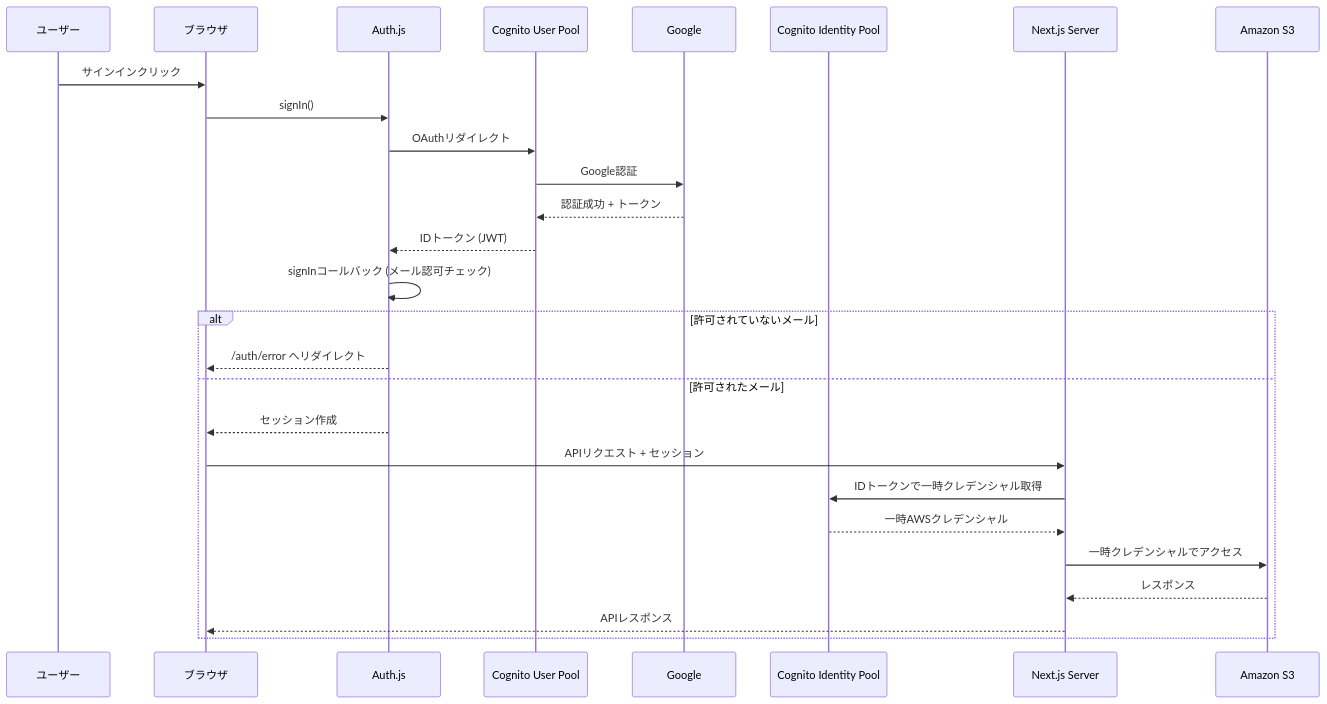
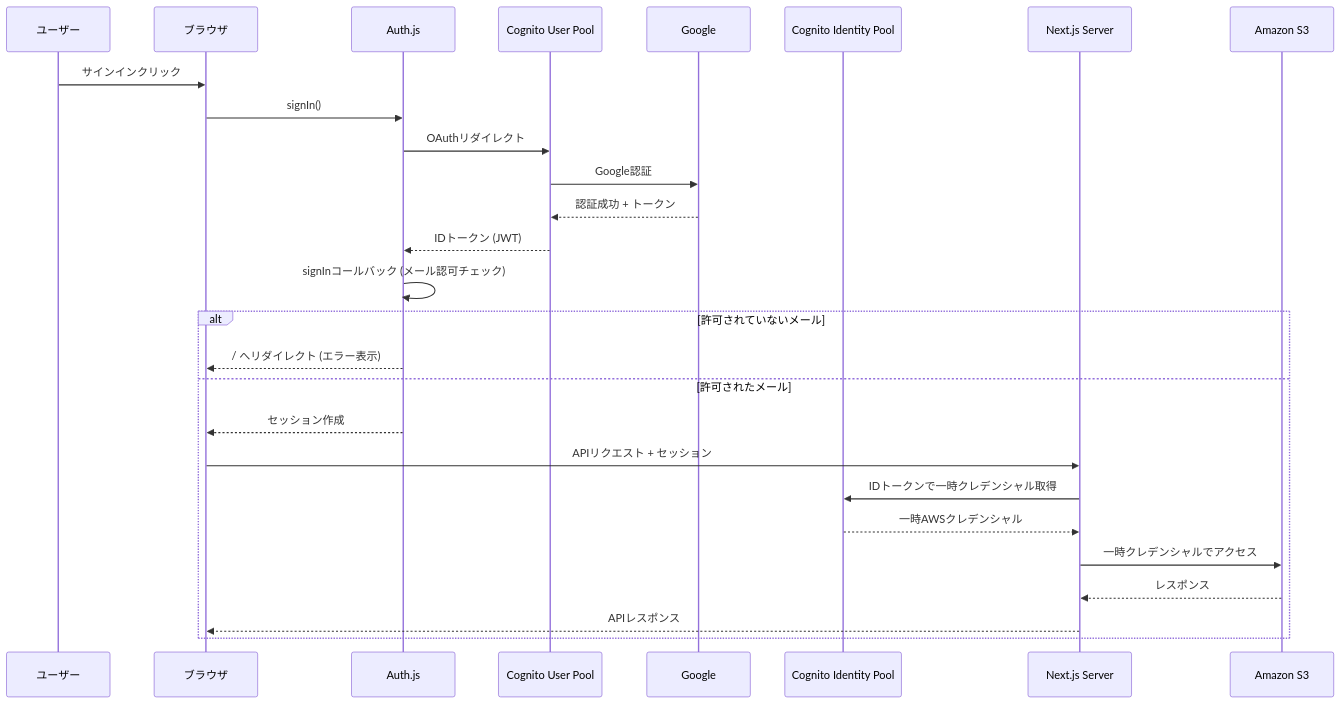
One commit to kubosho/omoikane changed the diagram in docs/specs/99_done/cognito-migration.md. Above: the diagram before and after it, drawn with Mermaid. The commit also changed 2 other files, not shown here.

Commit message:
feat: use cognito as authentication provider

````diff
--- a/docs/specs/99_done/cognito-migration.md
+++ b/docs/specs/99_done/cognito-migration.md
@@ -31,30 +31,30 @@
 ```mermaid
 sequenceDiagram
     participant User as ユーザー
     participant Browser as ブラウザ
     participant AuthJS as Auth.js
     participant Cognito as Cognito User Pool
     participant Google as Google
     participant IdentityPool as Cognito Identity Pool
     participant Server as Next.js Server
     participant S3 as Amazon S3
 
     User->>Browser: サインインクリック
     Browser->>AuthJS: signIn()
     AuthJS->>Cognito: OAuthリダイレクト
     Cognito->>Google: Google認証
     Google-->>Cognito: 認証成功 + トークン
     Cognito-->>AuthJS: IDトークン (JWT)
     AuthJS->>AuthJS: signInコールバック (メール認可チェック)
     alt 許可されていないメール
-        AuthJS-->>Browser: /auth/error へリダイレクト
+        AuthJS-->>Browser: / へリダイレクト (エラー表示)
     else 許可されたメール
         AuthJS-->>Browser: セッション作成
         Browser->>Server: APIリクエスト + セッション
         Server->>IdentityPool: IDトークンで一時クレデンシャル取得
         IdentityPool-->>Server: 一時AWSクレデンシャル
         Server->>S3: 一時クレデンシャルでアクセス
         S3-->>Server: レスポンス
         Server-->>Browser: APIレスポンス
     end
 ```
````
